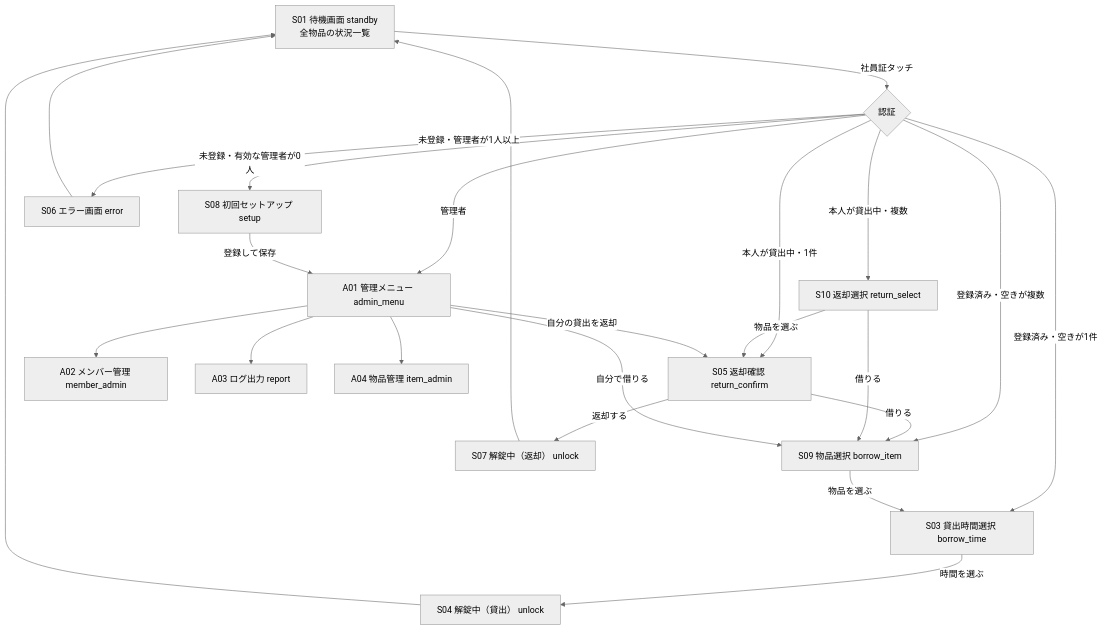
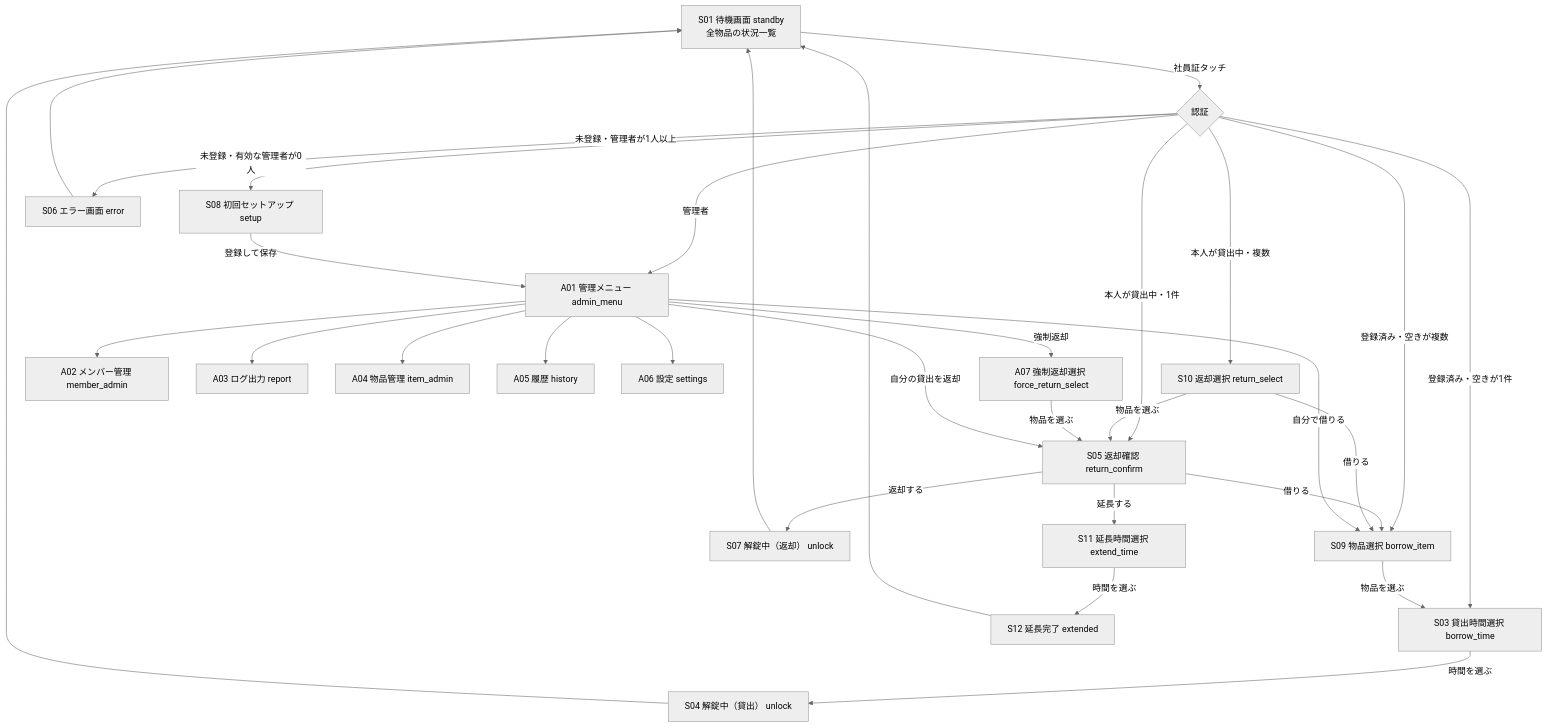
Before and after one commit to ootomonaiso/card: the diagram in docs/07_画面設計書.md, drawn with Mermaid (neutral theme). The commit also changed other lines of this file and 19 other files, not shown here.

````diff
--- a/docs/07_画面設計書.md
+++ b/docs/07_画面設計書.md
@@ -15,26 +20,33 @@
 ```mermaid
 flowchart TD
   S01[S01 待機画面 standby<br/>全物品の状況一覧] -- 社員証タッチ --> S02{認証}
   S02 -- 未登録・有効な管理者が0人 --> S08[S08 初回セットアップ setup]
   S02 -- 未登録・管理者が1人以上 --> S06[S06 エラー画面 error]
   S02 -- 登録済み・空きが複数 --> S09[S09 物品選択 borrow_item]
   S02 -- 登録済み・空きが1件 --> S03[S03 貸出時間選択 borrow_time]
   S09 -- 物品を選ぶ --> S03
   S02 -- 本人が貸出中・複数 --> S10[S10 返却選択 return_select]
   S02 -- 本人が貸出中・1件 --> S05[S05 返却確認 return_confirm]
   S10 -- 物品を選ぶ --> S05
   S02 -- 管理者 --> A01[A01 管理メニュー admin_menu]
   S08 -- 登録して保存 --> A01
   S03 -- 時間を選ぶ --> S04[S04 解錠中（貸出） unlock]
   S05 -- 返却する --> S07[S07 解錠中（返却） unlock]
   S05 -- 借りる --> S09
+  S05 -- 延長する --> S11[S11 延長時間選択 extend_time]
+  S11 -- 時間を選ぶ --> S12[S12 延長完了 extended]
+  S12 --> S01
   S10 -- 借りる --> S09
   S04 --> S01
   S07 --> S01
   S06 --> S01
   A01 --> A02[A02 メンバー管理 member_admin]
   A01 --> A03[A03 ログ出力 report]
   A01 --> A04[A04 物品管理 item_admin]
+  A01 --> A05[A05 履歴 history]
+  A01 --> A06[A06 設定 settings]
+  A01 -- 強制返却 --> A07[A07 強制返却選択 force_return_select]
+  A07 -- 物品を選ぶ --> S05
   A01 -- 自分で借りる --> S09
   A01 -- 自分の貸出を返却 --> S05
 ```
````
